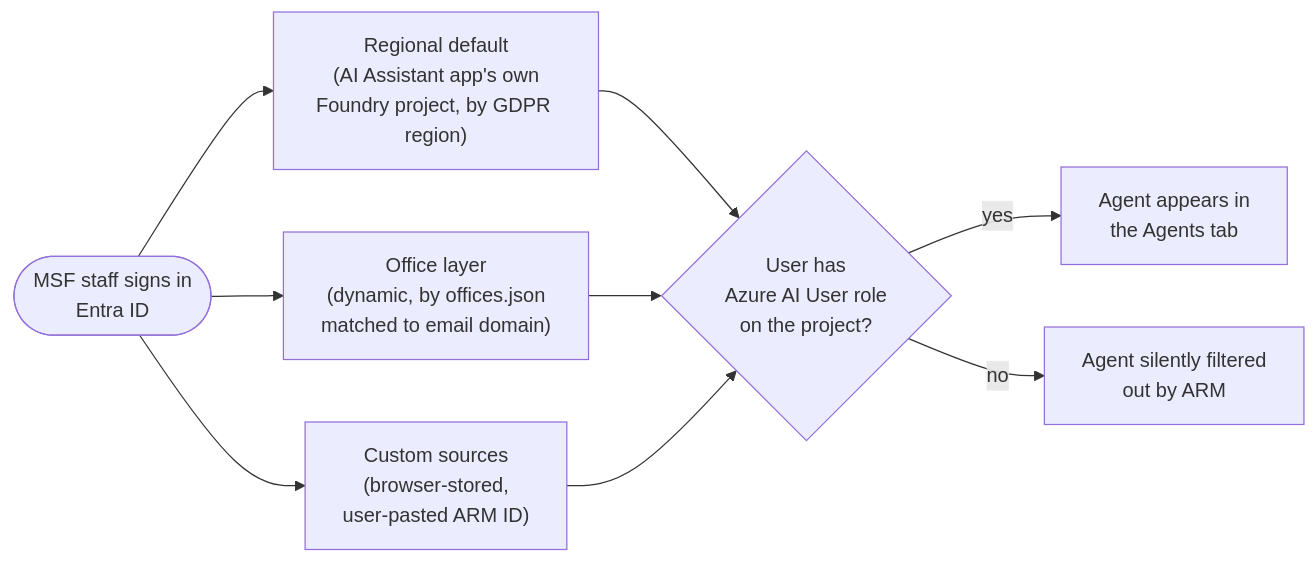
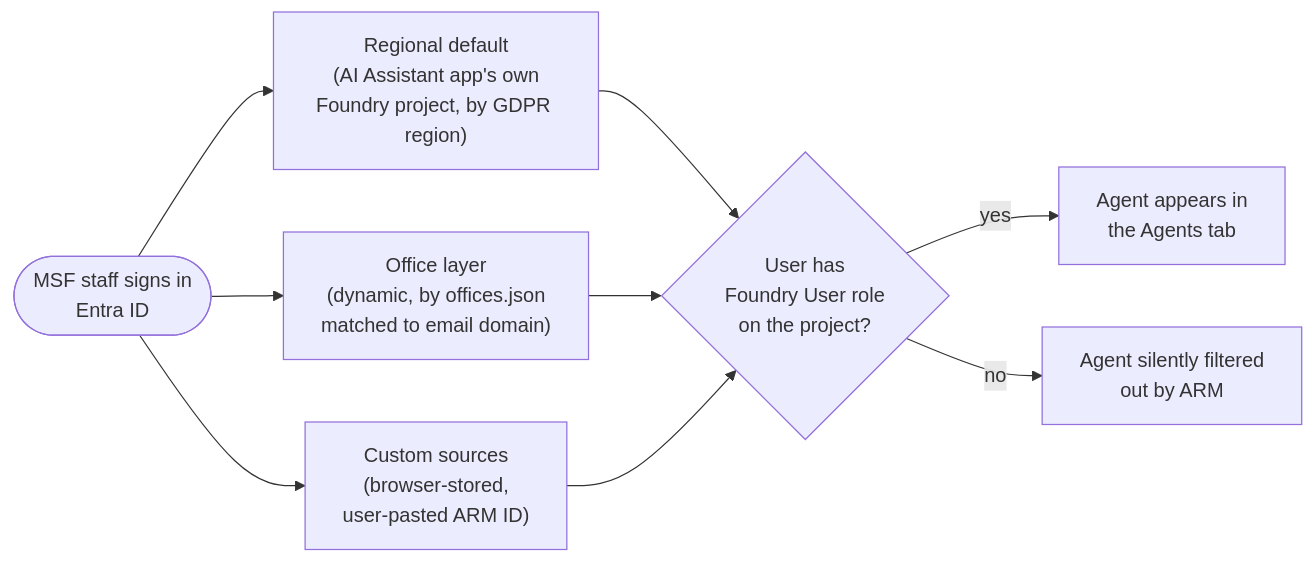
The first of 4 diagrams in docs/AGENT_ACCESS_MANAGEMENT.md (Medecins-Sans-Frontieres-Collaborate/ai-assistant-app), drawn with Mermaid before and after one commit. The commit also changed other lines of this file and 28 other files, not shown here.

````diff
--- a/docs/AGENT_ACCESS_MANAGEMENT.md
+++ b/docs/AGENT_ACCESS_MANAGEMENT.md
@@ -23,11 +23,11 @@
 ```mermaid
 flowchart LR
     User(["MSF staff signs in<br/>Entra ID"]) --> Regional["Regional default<br/>(AI Assistant app's own<br/>Foundry project, by GDPR region)"]
     User --> Office["Office layer<br/>(dynamic, by offices.json<br/>matched to email domain)"]
     User --> Custom["Custom sources<br/>(browser-stored,<br/>user-pasted ARM ID)"]
-    Regional --> RBAC{"User has<br/>Azure AI User role<br/>on the project?"}
+    Regional --> RBAC{"User has<br/>Foundry User role<br/>on the project?"}
     Office --> RBAC
     Custom --> RBAC
     RBAC -->|yes| Show["Agent appears in<br/>the Agents tab"]
     RBAC -->|no| Hide["Agent silently filtered<br/>out by ARM"]
 ```
````
